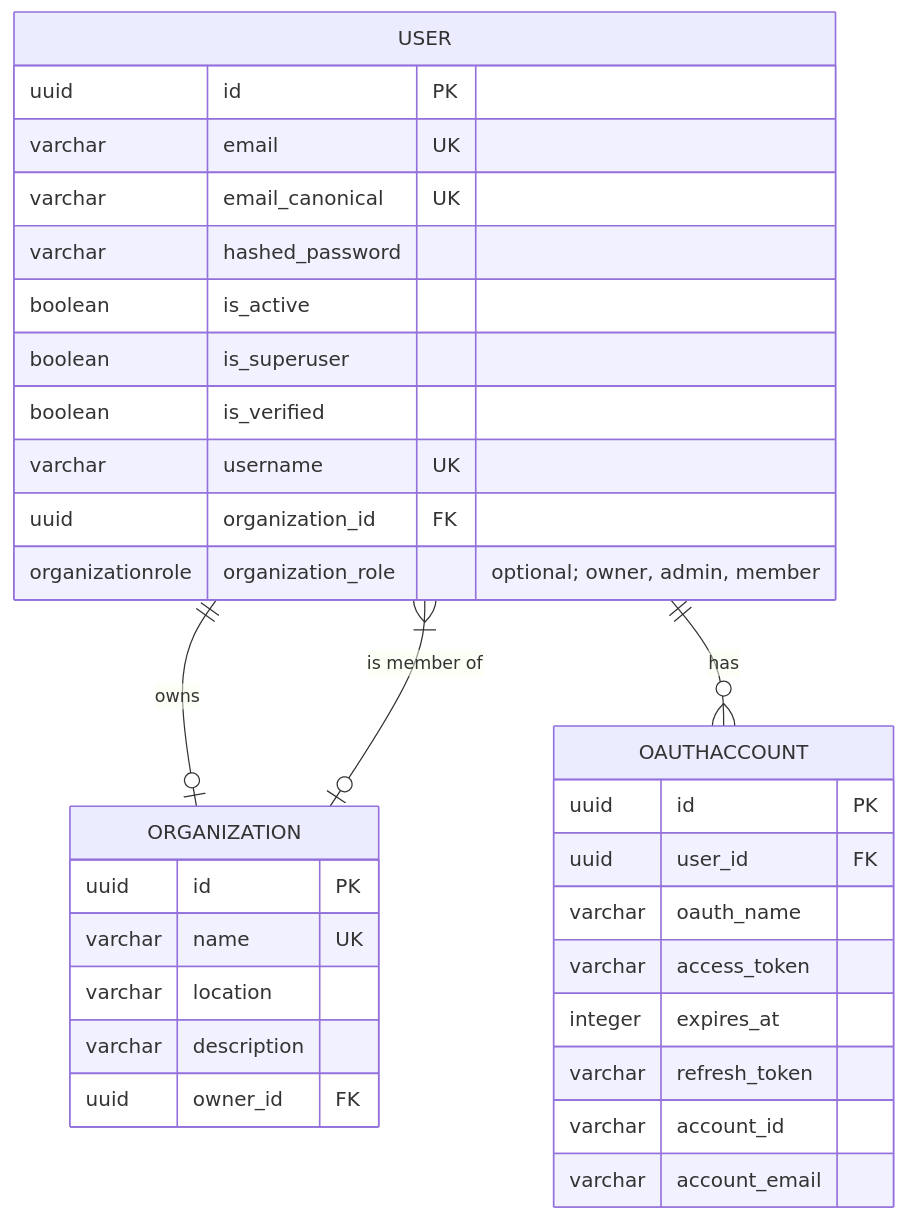
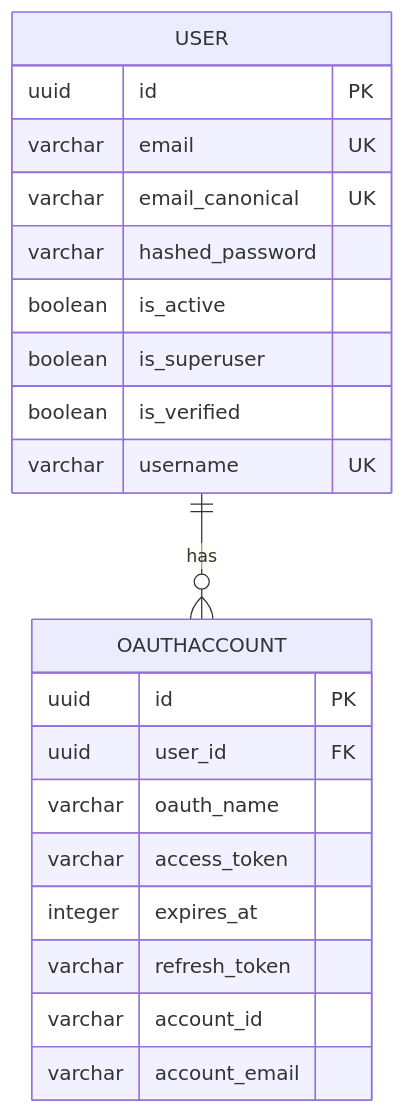
One commit to CMLPlatform/relab changed the second of 5 diagrams in docs/src/content/docs/architecture/datamodel.mdx. Above: the diagram before and after it, drawn with Mermaid. The commit also changed other lines of this file and 5 other files, not shown here.

Commit message:
docs(architecture): remove organization API references

````diff
--- a/docs/src/content/docs/architecture/datamodel.mdx
+++ b/docs/src/content/docs/architecture/datamodel.mdx
@@ -73,38 +69,26 @@
 ```mermaid
 erDiagram
     USER {
         uuid id PK
         varchar email UK
         varchar email_canonical UK
         varchar hashed_password
         boolean is_active
         boolean is_superuser
         boolean is_verified
         varchar username UK
-        uuid organization_id FK
-        organizationrole organization_role "optional; owner, admin, member"
-    }
-
-    ORGANIZATION {
-        uuid id PK
-        varchar name UK
-        varchar location
-        varchar description
-        uuid owner_id FK
     }
 
     OAUTHACCOUNT {
         uuid id PK
         uuid user_id FK
         varchar oauth_name
         varchar access_token
         integer expires_at
         varchar refresh_token
         varchar account_id
         varchar account_email
     }
 
-    USER ||--o| ORGANIZATION : "owns"
-    USER }|--o| ORGANIZATION : "is member of"
     USER ||--o{ OAUTHACCOUNT : "has"
 ```
````
